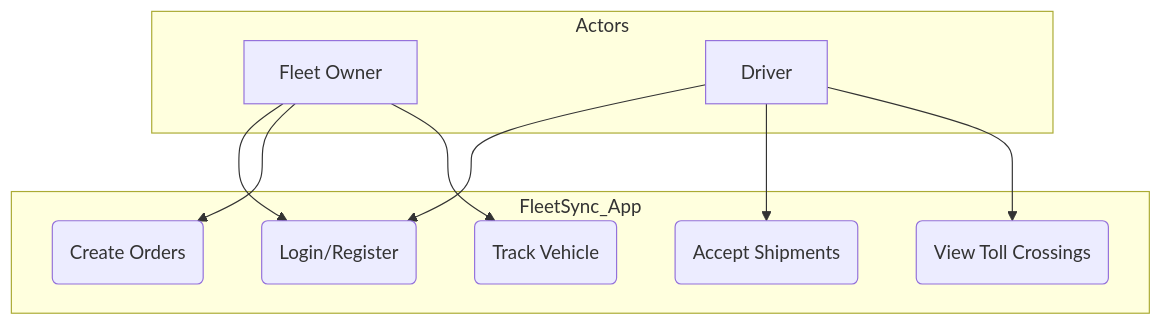
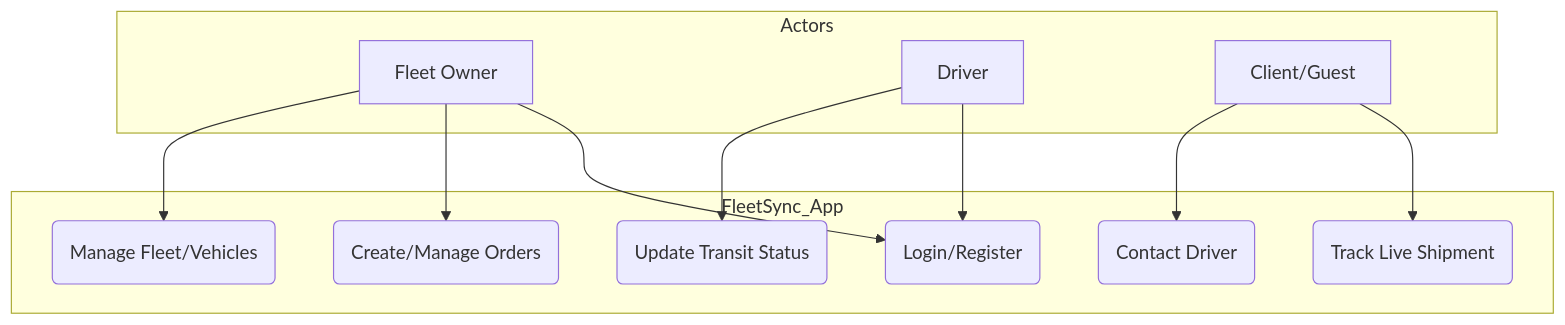
One commit to navnita-sharma/FleetSync changed the second of 6 diagrams in README.md. Above: the diagram before and after it, drawn with Mermaid. The commit also changed other lines of this file and 12 other files, not shown here.

Commit message:
Initial FleetSync project with README diagrams

````diff
--- a/README.md
+++ b/README.md
@@ -27,20 +29,23 @@
 ```mermaid
 graph TD
     subgraph Actors
     Owner[Fleet Owner]
     Driver[Driver]
+    Client[Client/Guest]
     end
     subgraph FleetSync_App
     UC1(Login/Register)
-    UC2(Create Orders)
-    UC3(Accept Shipments)
-    UC4(Track Vehicle)
-    UC5(View Toll Crossings)
+    UC2(Create/Manage Orders)
+    UC3(Update Transit Status)
+    UC4(Track Live Shipment)
+    UC5(Manage Fleet/Vehicles)
+    UC6(Contact Driver)
     end
     Owner --> UC1
     Owner --> UC2
-    Owner --> UC4
+    Owner --> UC5
     Driver --> UC1
     Driver --> UC3
-    Driver --> UC5
+    Client --> UC4
+    Client --> UC6
 ```
````
